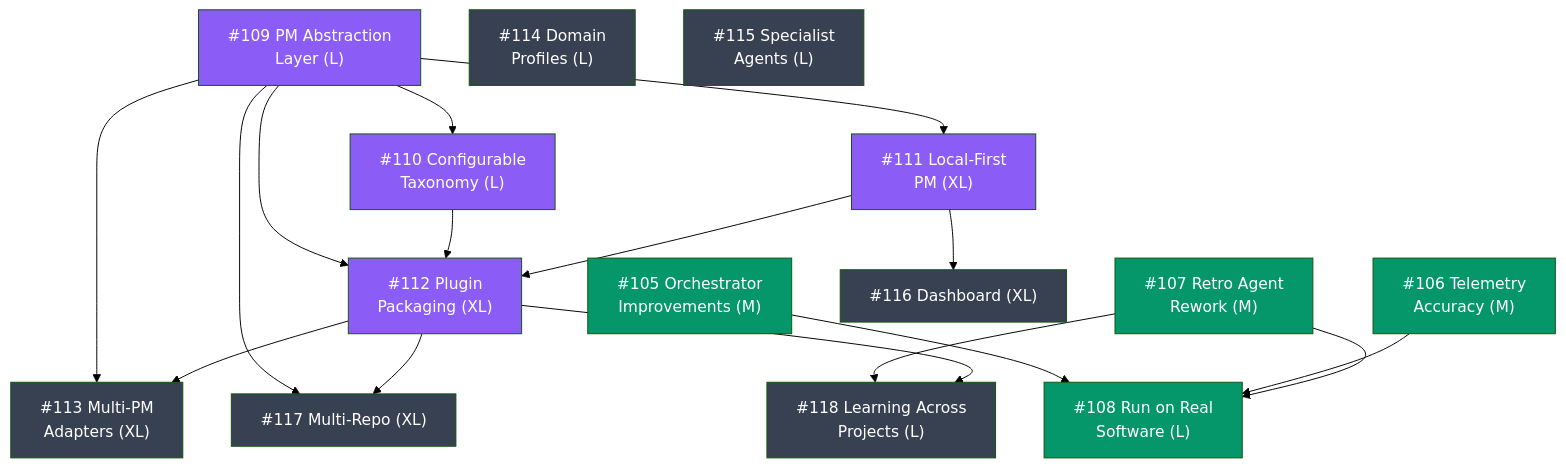
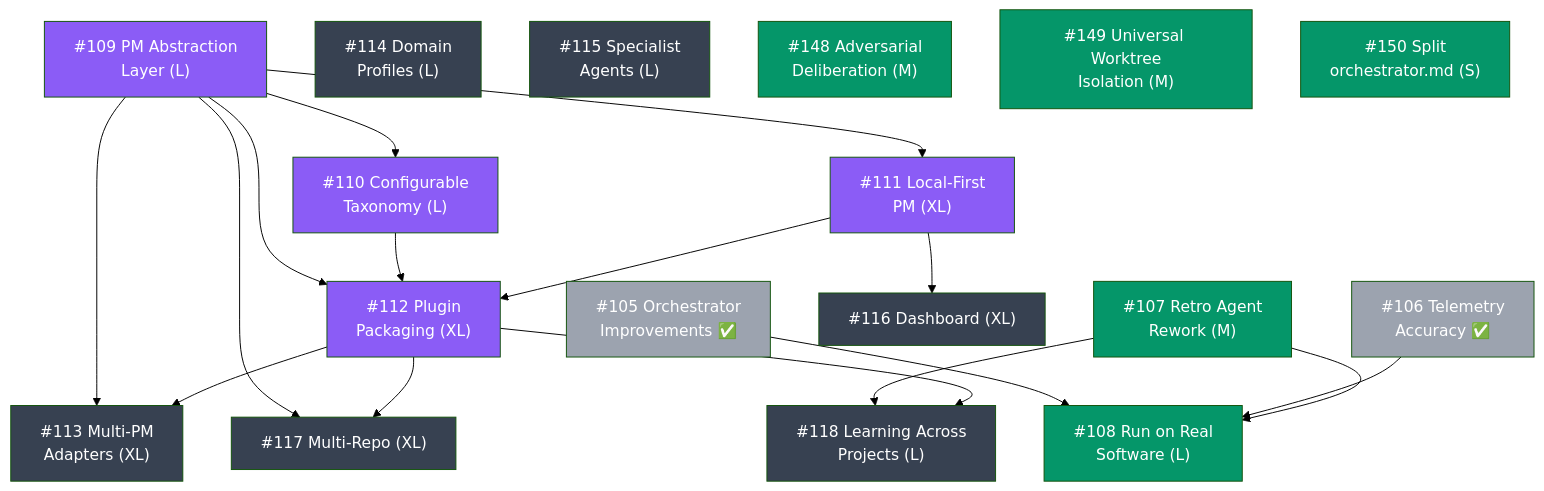
The diagram in docs/ROADMAP.md (carlosboeing/agentic-sdlc-workflow), drawn with Mermaid (forest theme) before and after one commit. The commit also changed other lines of this file and 1 other file, not shown here.

First line of the commit message:
docs(roadmap): sync with current project state

````diff
--- a/docs/ROADMAP.md
+++ b/docs/ROADMAP.md
@@ -9,48 +9,54 @@
 ```mermaid
 graph TD
-    105["#105 Orchestrator<br/>Improvements (M)"]
-    106["#106 Telemetry<br/>Accuracy (M)"]
+    105["#105 Orchestrator<br/>Improvements ✅"]
+    106["#106 Telemetry<br/>Accuracy ✅"]
     107["#107 Retro Agent<br/>Rework (M)"]
     108["#108 Run on Real<br/>Software (L)"]
     109["#109 PM Abstraction<br/>Layer (L)"]
     110["#110 Configurable<br/>Taxonomy (L)"]
     111["#111 Local-First<br/>PM (XL)"]
     112["#112 Plugin<br/>Packaging (XL)"]
     113["#113 Multi-PM<br/>Adapters (XL)"]
     114["#114 Domain<br/>Profiles (L)"]
     115["#115 Specialist<br/>Agents (L)"]
     116["#116 Dashboard (XL)"]
     117["#117 Multi-Repo (XL)"]
     118["#118 Learning Across<br/>Projects (L)"]
+    148["#148 Adversarial<br/>Deliberation (M)"]
+    149["#149 Universal Worktree<br/>Isolation (M)"]
+    150["#150 Split<br/>orchestrator.md (S)"]
 
     105 --> 108
     106 --> 108
     107 --> 108
     109 --> 111
     109 --> 110
     109 --> 112
     109 --> 113
     109 --> 117
     110 --> 112
     111 --> 112
     111 --> 116
     107 --> 118
     112 --> 113
     112 --> 117
     112 --> 118
 
-    style 105 fill:#059669,color:#fff
-    style 106 fill:#059669,color:#fff
+    style 105 fill:#9ca3af,color:#fff
+    style 106 fill:#9ca3af,color:#fff
     style 107 fill:#059669,color:#fff
     style 108 fill:#059669,color:#fff
     style 109 fill:#8b5cf6,color:#fff
     style 110 fill:#8b5cf6,color:#fff
     style 111 fill:#8b5cf6,color:#fff
     style 112 fill:#8b5cf6,color:#fff
     style 113 fill:#374151,color:#fff
     style 114 fill:#374151,color:#fff
     style 115 fill:#374151,color:#fff
     style 116 fill:#374151,color:#fff
     style 117 fill:#374151,color:#fff
     style 118 fill:#374151,color:#fff
+    style 148 fill:#059669,color:#fff
+    style 149 fill:#059669,color:#fff
+    style 150 fill:#059669,color:#fff
 ```
````
